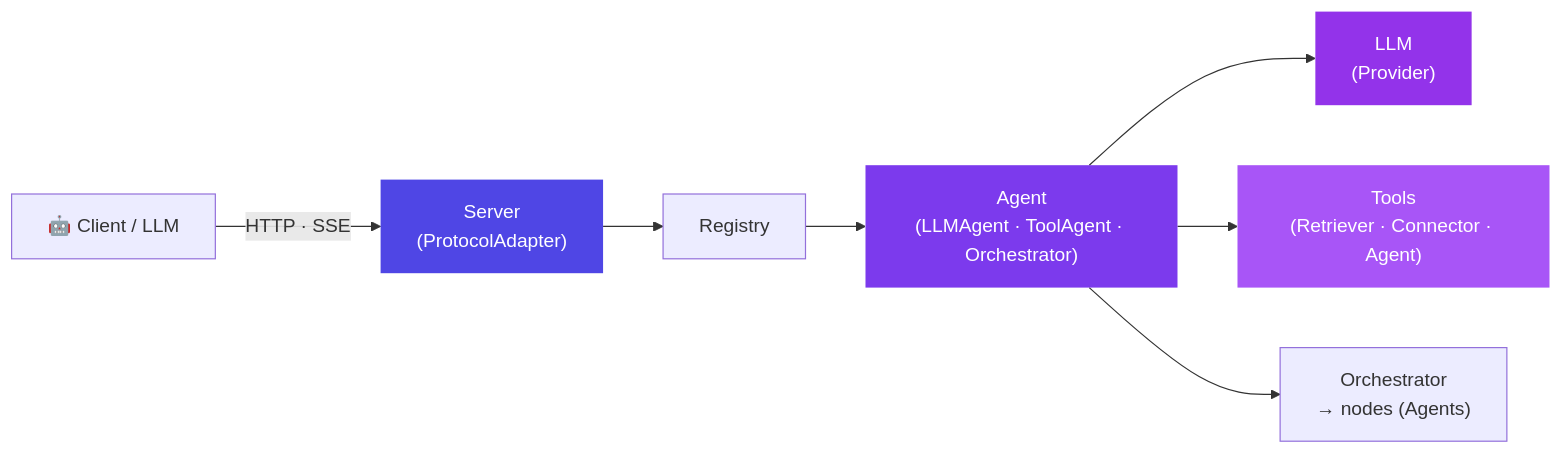
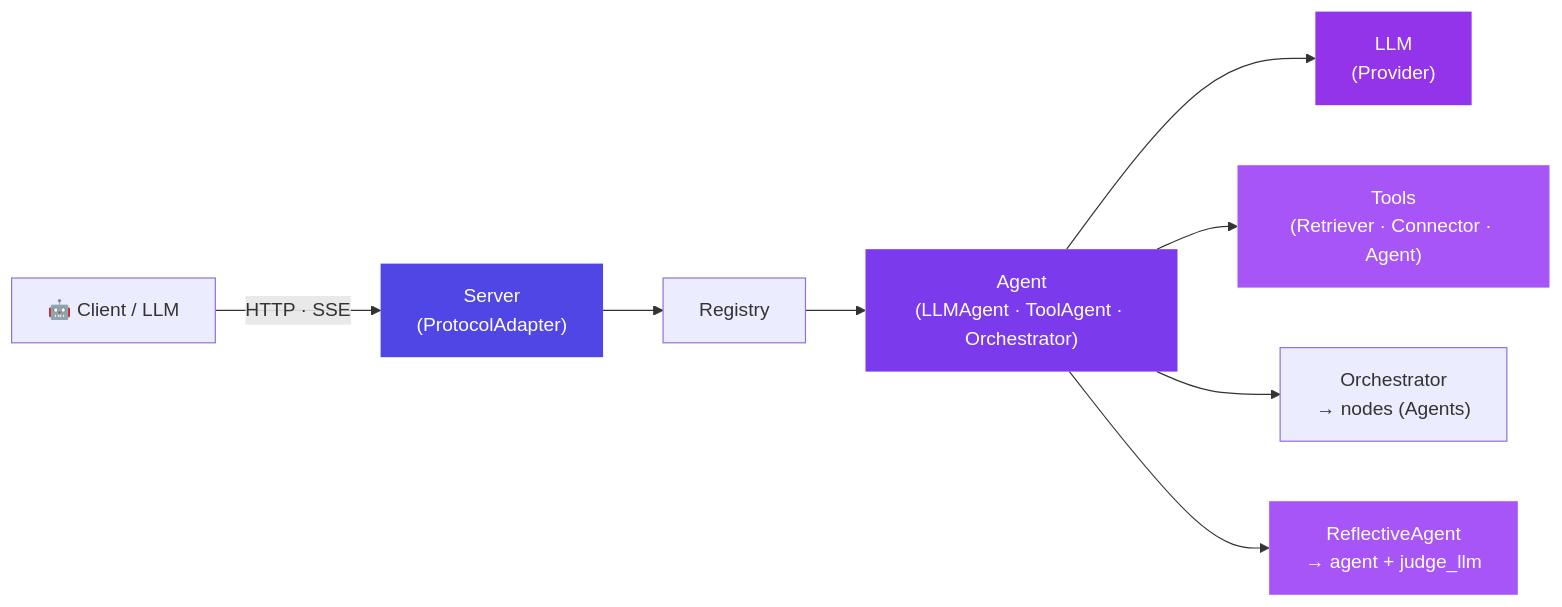
Before and after one commit to JorgeHSantana/aixon: the diagram in README.md, drawn with Mermaid. The commit also changed other lines of this file and 4 other files, not shown here.

First line of the commit message:
docs: ReflectiveAgent section, runnable example + bump to 0.1.7

````diff
--- a/README.md
+++ b/README.md
@@ -22,14 +22,16 @@
 ```mermaid
 graph LR
     Client["🤖 Client / LLM"] -->|"HTTP · SSE"| SA["Server<br/>(ProtocolAdapter)"]
     SA --> R["Registry"]
     R --> A["Agent<br/>(LLMAgent · ToolAgent · Orchestrator)"]
     A --> LLM["LLM<br/>(Provider)"]
     A --> T["Tools<br/>(Retriever · Connector · Agent)"]
     A --> O["Orchestrator<br/>→ nodes (Agents)"]
+    A --> RF["ReflectiveAgent<br/>→ agent + judge_llm"]
 
     style SA fill:#4f46e5,color:#fff,stroke:none
     style A fill:#7c3aed,color:#fff,stroke:none
     style LLM fill:#9333ea,color:#fff,stroke:none
     style T fill:#a855f7,color:#fff,stroke:none
+    style RF fill:#a855f7,color:#fff,stroke:none
 ```
````
